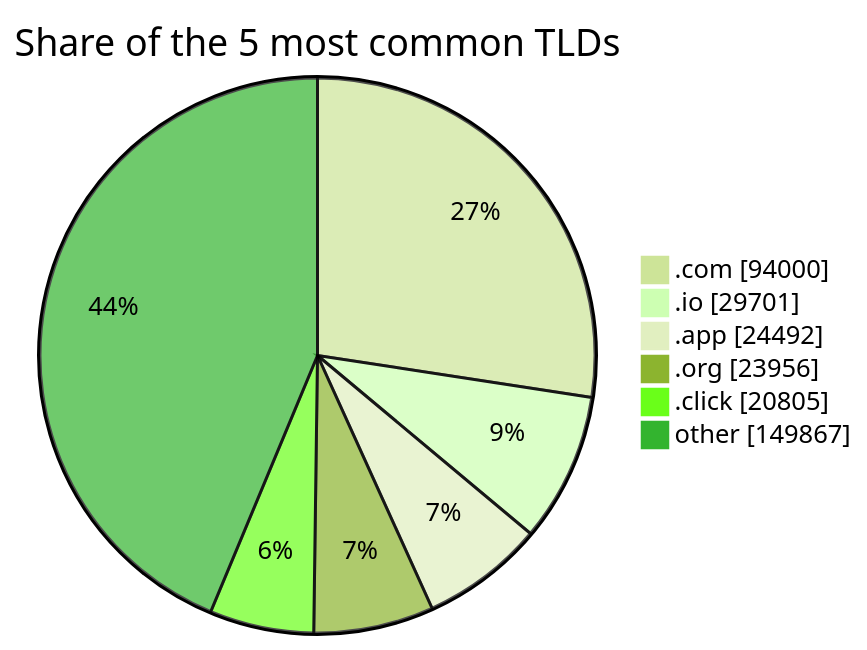
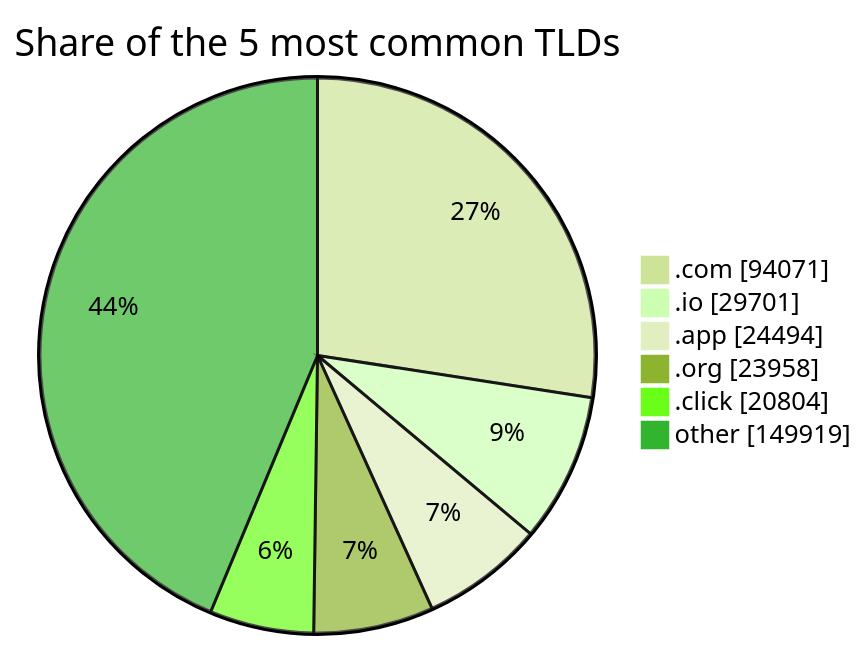
One commit to DNSBunker/CTI changed the third of 3 diagrams in README.md. Above: the diagram before and after it, drawn with Mermaid (forest theme). The commit also changed other lines of this file and 3 other files, not shown here.

````diff
--- a/README.md
+++ b/README.md
@@ -81,9 +81,9 @@
 ```mermaid
 pie showData title Share of the 5 most common TLDs
-    ".com" : 94000
+    ".com" : 94071
     ".io" : 29701
-    ".app" : 24492
-    ".org" : 23956
-    ".click" : 20805
-    "other" : 149867
+    ".app" : 24494
+    ".org" : 23958
+    ".click" : 20804
+    "other" : 149919
 ```
````
